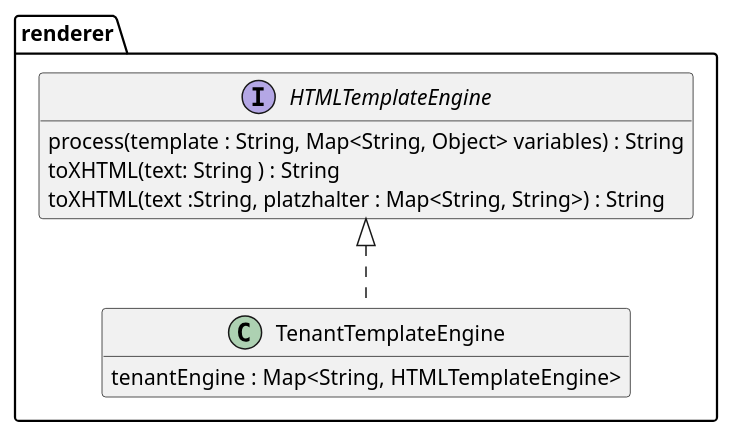
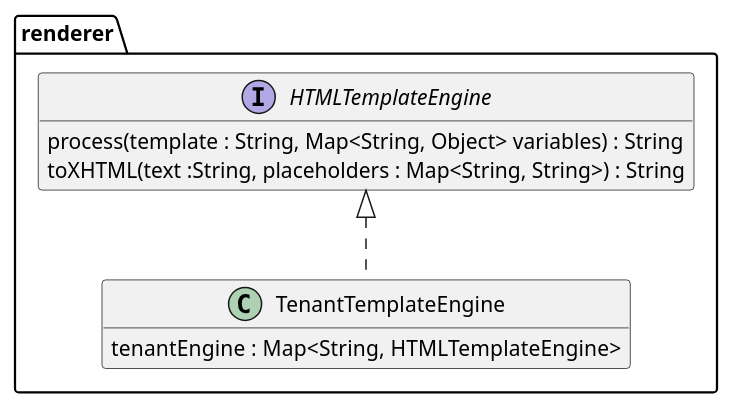
Before and after one commit to tailoringexpert/platform: the diagram in src/site/arc42/plantuml/tenant/renderer/Ebene3.plantuml, drawn with PlantUML. The commit also changed 391 other files, not shown here.

```diff
--- a/src/site/arc42/plantuml/tenant/renderer/Ebene3.plantuml
+++ b/src/site/arc42/plantuml/tenant/renderer/Ebene3.plantuml
@@ -1,17 +1,16 @@
 @startuml Ebene3.png
 hide empty members
 
 package renderer {
 
     interface HTMLTemplateEngine {
         process(template : String, Map<String, Object> variables) : String
-        toXHTML(text: String ) : String
-        toXHTML(text :String, platzhalter : Map<String, String>) : String
+        toXHTML(text :String, placeholders : Map<String, String>) : String
     }
 
     class TenantTemplateEngine {
         tenantEngine :  Map<String, HTMLTemplateEngine>
     }
     HTMLTemplateEngine <|.. TenantTemplateEngine
 }
 @enduml
```
